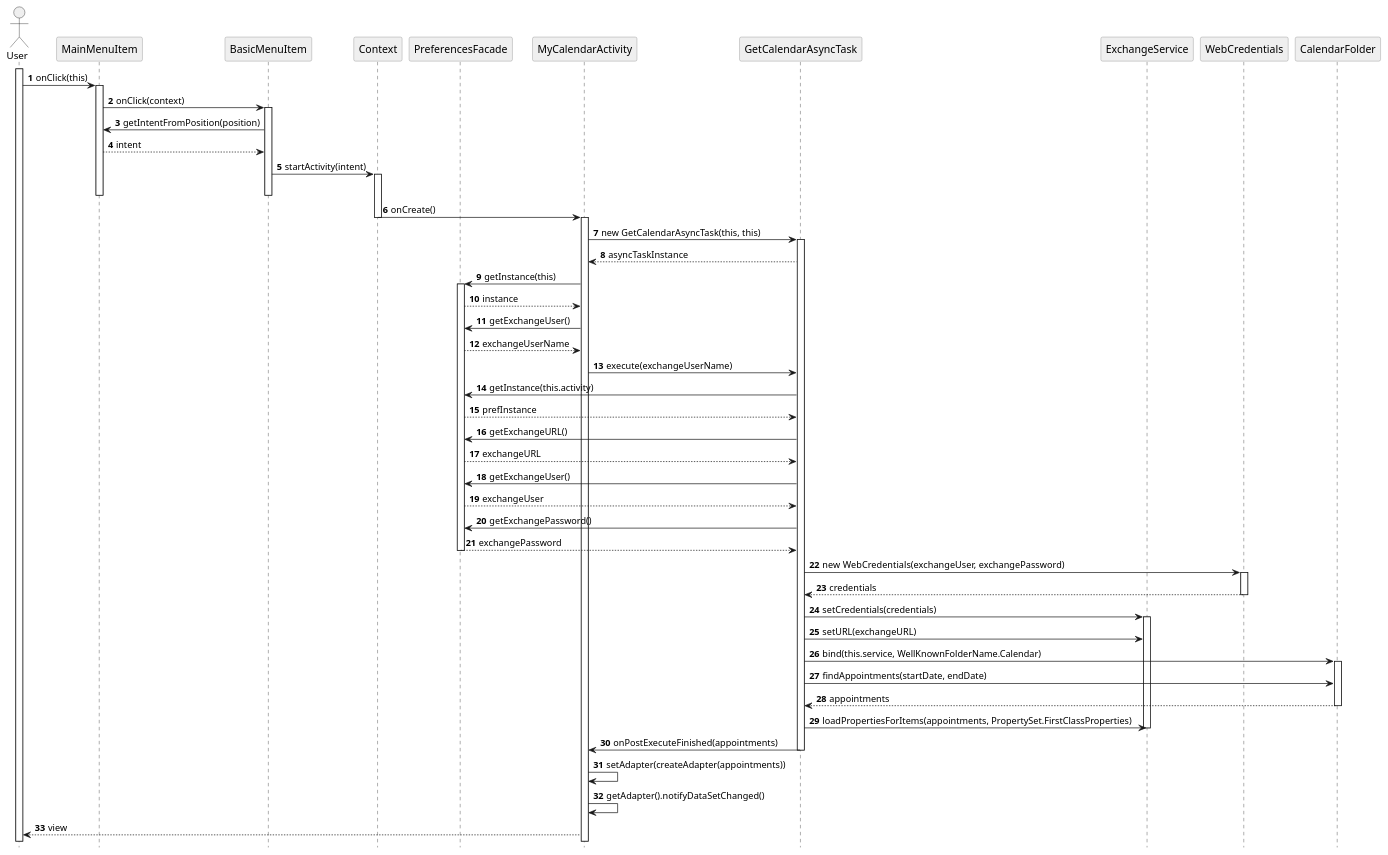
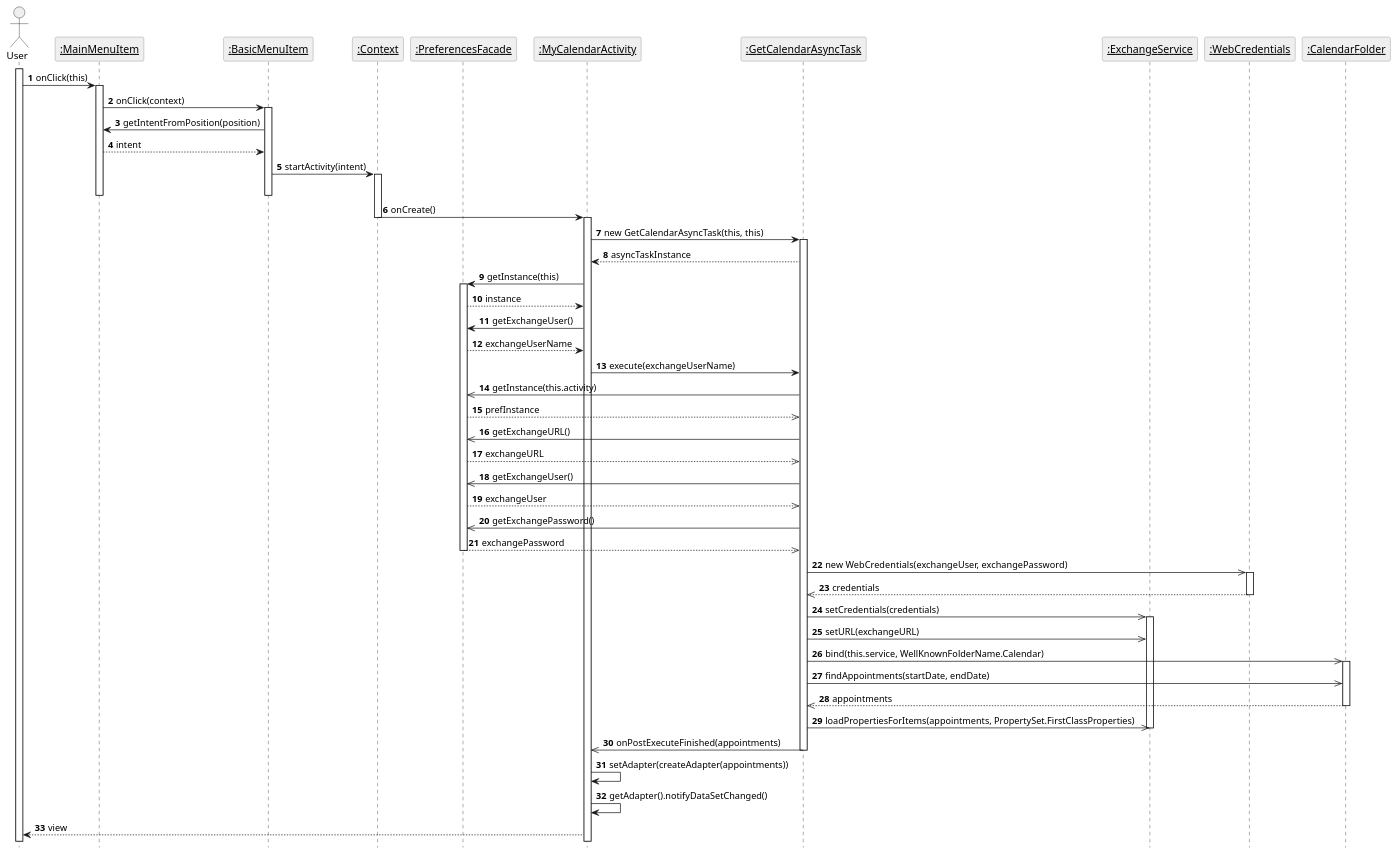
One commit to ErosFricker/bachelor-thesis changed the diagram in sequence_diagrams/user_calendar.puml. Above: the diagram before and after it, drawn with PlantUML. The commit also changed 73 other files, not shown here.

```diff
--- a/sequence_diagrams/user_calendar.puml
+++ b/sequence_diagrams/user_calendar.puml
@@ -1,90 +1,90 @@
 @startuml
 
 hide footbox
 
 autonumber
 
 skinparam sequence {
     ParticipantBorderColor grey
     ParticipantBackgroundColor #EFEFEF
     ParticipantFontName Futura
     ParticipantFontSize 15
 
     ActorBackgroundColor #EFEFEF
     ActorBorderColor black
 
     ArrowFontName Futura
 }
 
 actor User
-participant MainMenuItem
-participant BasicMenuItem
-participant Context
-participant PreferencesFacade
-participant MyCalendarActivity
-participant GetCalendarAsyncTask
-participant ExchangeService
-participant WebCredentials
-participant CalendarFolder
+participant "__:MainMenuItem__"
+participant "__:BasicMenuItem__"
+participant "__:Context__"
+participant "__:PreferencesFacade__"
+participant "__:MyCalendarActivity__"
+participant "__:GetCalendarAsyncTask__"
+participant "__:ExchangeService__"
+participant "__:WebCredentials__"
+participant "__:CalendarFolder__"
 
 activate User
-User -> MainMenuItem:onClick(this)
-activate MainMenuItem
-MainMenuItem -> BasicMenuItem:onClick(context)
-activate BasicMenuItem
-BasicMenuItem -> MainMenuItem:getIntentFromPosition(position)
-MainMenuItem --> BasicMenuItem:intent
- BasicMenuItem -> Context:startActivity(intent)
- activate Context
- deactivate MainMenuItem
- deactivate BasicMenuItem
- Context -> MyCalendarActivity:onCreate()
- deactivate Context
- activate MyCalendarActivity
- MyCalendarActivity -> GetCalendarAsyncTask: new GetCalendarAsyncTask(this, this)
-  activate GetCalendarAsyncTask
- GetCalendarAsyncTask --> MyCalendarActivity: asyncTaskInstance
-  MyCalendarActivity -> PreferencesFacade:getInstance(this)
-  activate PreferencesFacade
- PreferencesFacade --> MyCalendarActivity: instance
- MyCalendarActivity -> PreferencesFacade: getExchangeUser()
- PreferencesFacade --> MyCalendarActivity: exchangeUserName
- MyCalendarActivity -> GetCalendarAsyncTask: execute(exchangeUserName)
- GetCalendarAsyncTask -> PreferencesFacade: getInstance(this.activity)
- PreferencesFacade --> GetCalendarAsyncTask: prefInstance
- GetCalendarAsyncTask -> PreferencesFacade: getExchangeURL()
- PreferencesFacade --> GetCalendarAsyncTask: exchangeURL
- GetCalendarAsyncTask -> PreferencesFacade: getExchangeUser()
- PreferencesFacade --> GetCalendarAsyncTask: exchangeUser
- GetCalendarAsyncTask -> PreferencesFacade: getExchangePassword()
- PreferencesFacade --> GetCalendarAsyncTask: exchangePassword
- deactivate PreferencesFacade
- GetCalendarAsyncTask -> WebCredentials: new WebCredentials(exchangeUser, exchangePassword)
- activate WebCredentials
- WebCredentials --> GetCalendarAsyncTask: credentials
- deactivate WebCredentials
- GetCalendarAsyncTask -> ExchangeService: setCredentials(credentials)
- activate ExchangeService
- GetCalendarAsyncTask -> ExchangeService: setURL(exchangeURL)
- GetCalendarAsyncTask -> CalendarFolder:bind(this.service, WellKnownFolderName.Calendar)
- activate CalendarFolder
- GetCalendarAsyncTask -> CalendarFolder: findAppointments(startDate, endDate)
- CalendarFolder --> GetCalendarAsyncTask: appointments
- deactivate CalendarFolder
- GetCalendarAsyncTask -> ExchangeService: loadPropertiesForItems(appointments, PropertySet.FirstClassProperties)
- deactivate ExchangeService
- GetCalendarAsyncTask -> MyCalendarActivity: onPostExecuteFinished(appointments)
- deactivate GetCalendarAsyncTask
- MyCalendarActivity -> MyCalendarActivity: setAdapter(createAdapter(appointments))
- MyCalendarActivity -> MyCalendarActivity: getAdapter().notifyDataSetChanged()
- MyCalendarActivity --> User: view
+User -> "__:MainMenuItem__":onClick(this)
+activate "__:MainMenuItem__"
+"__:MainMenuItem__" -> "__:BasicMenuItem__":onClick(context)
+activate "__:BasicMenuItem__"
+"__:BasicMenuItem__" -> "__:MainMenuItem__":getIntentFromPosition(position)
+"__:MainMenuItem__" --> "__:BasicMenuItem__":intent
+ "__:BasicMenuItem__" -> "__:Context__":startActivity(intent)
+ activate "__:Context__"
+ deactivate "__:MainMenuItem__"
+ deactivate "__:BasicMenuItem__"
+"__:Context__" -> "__:MyCalendarActivity__":onCreate()
+ deactivate "__:Context__"
+ activate "__:MyCalendarActivity__"
+ "__:MyCalendarActivity__" -> "__:GetCalendarAsyncTask__": new GetCalendarAsyncTask(this, this)
+  activate "__:GetCalendarAsyncTask__"
+ "__:GetCalendarAsyncTask__" --> "__:MyCalendarActivity__": asyncTaskInstance
+  "__:MyCalendarActivity__" -> "__:PreferencesFacade__":getInstance(this)
+  activate "__:PreferencesFacade__"
+ "__:PreferencesFacade__" --> "__:MyCalendarActivity__": instance
+ "__:MyCalendarActivity__" -> "__:PreferencesFacade__": getExchangeUser()
+ "__:PreferencesFacade__" --> "__:MyCalendarActivity__": exchangeUserName
+ "__:MyCalendarActivity__" -> "__:GetCalendarAsyncTask__": execute(exchangeUserName)
+ "__:GetCalendarAsyncTask__" ->> "__:PreferencesFacade__": getInstance(this.activity)
+ "__:PreferencesFacade__" -->> "__:GetCalendarAsyncTask__": prefInstance
+ "__:GetCalendarAsyncTask__" ->> "__:PreferencesFacade__": getExchangeURL()
+ "__:PreferencesFacade__" -->> "__:GetCalendarAsyncTask__": exchangeURL
+ "__:GetCalendarAsyncTask__" ->> "__:PreferencesFacade__": getExchangeUser()
+ "__:PreferencesFacade__" -->> "__:GetCalendarAsyncTask__": exchangeUser
+ "__:GetCalendarAsyncTask__" ->> "__:PreferencesFacade__": getExchangePassword()
+ "__:PreferencesFacade__" -->> "__:GetCalendarAsyncTask__": exchangePassword
+ deactivate "__:PreferencesFacade__"
+ "__:GetCalendarAsyncTask__" ->> "__:WebCredentials__": new WebCredentials(exchangeUser, exchangePassword)
+ activate "__:WebCredentials__"
+ "__:WebCredentials__" -->> "__:GetCalendarAsyncTask__": credentials
+ deactivate "__:WebCredentials__"
+ "__:GetCalendarAsyncTask__" ->> "__:ExchangeService__": setCredentials(credentials)
+ activate "__:ExchangeService__"
+ "__:GetCalendarAsyncTask__" ->> "__:ExchangeService__": setURL(exchangeURL)
+ "__:GetCalendarAsyncTask__" ->> "__:CalendarFolder__":bind(this.service, WellKnownFolderName.Calendar)
+ activate "__:CalendarFolder__"
+ "__:GetCalendarAsyncTask__" ->> "__:CalendarFolder__": findAppointments(startDate, endDate)
+ "__:CalendarFolder__" -->> "__:GetCalendarAsyncTask__": appointments
+ deactivate "__:CalendarFolder__"
+ "__:GetCalendarAsyncTask__" ->> "__:ExchangeService__": loadPropertiesForItems(appointments, PropertySet.FirstClassProperties)
+ deactivate "__:ExchangeService__"
+ "__:GetCalendarAsyncTask__" ->> "__:MyCalendarActivity__": onPostExecuteFinished(appointments)
+ deactivate "__:GetCalendarAsyncTask__"
+ "__:MyCalendarActivity__" -> "__:MyCalendarActivity__": setAdapter(createAdapter(appointments))
+ "__:MyCalendarActivity__" -> "__:MyCalendarActivity__": getAdapter().notifyDataSetChanged()
+ "__:MyCalendarActivity__" --> User: view
 
 
 
 
 
 
 
 
 
 @enduml
```
